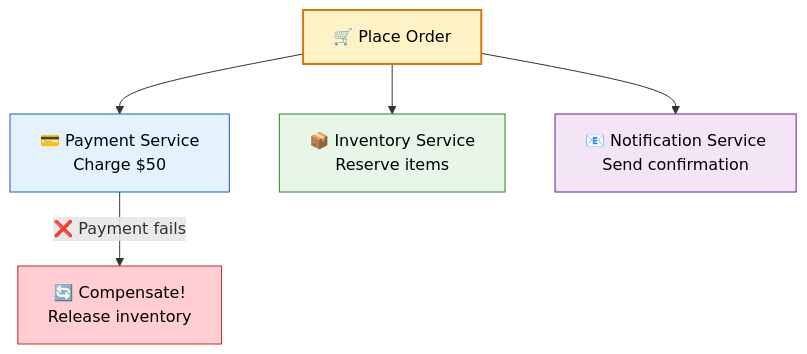
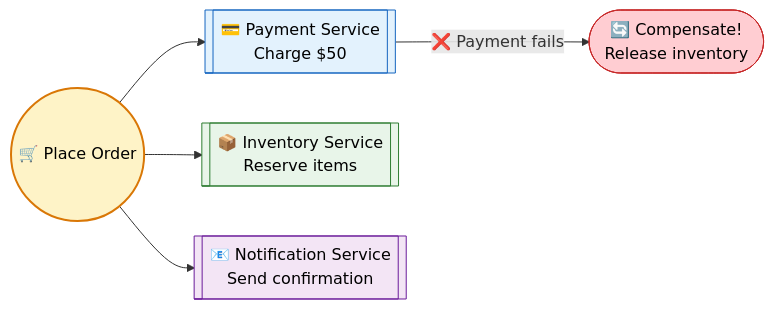
One commit to saivamsikaruturi/vamsilabs-dev-notes-main changed the first of 7 diagrams in docs/microservices/distributed-transactions.md. Above: the diagram before and after it, drawn with Mermaid. The commit also changed other lines of this file and 146 other files, not shown here.

Commit message:
Horizontal diagrams, UML class diagrams, typography overhaul, and permalink cleanup

````diff
--- a/docs/microservices/distributed-transactions.md
+++ b/docs/microservices/distributed-transactions.md
@@ -10,15 +10,15 @@
 ```mermaid
-flowchart TD
-    O["🛒 Place Order"]
-    O --> S1["💳 Payment Service<br/>Charge $50"]
-    O --> S2["📦 Inventory Service<br/>Reserve items"]
-    O --> S3["📧 Notification Service<br/>Send confirmation"]
+flowchart LR
+    O(("🛒 Place Order"))
+    O --> S1[["💳 Payment Service<br/>Charge $50"]]
+    O --> S2[["📦 Inventory Service<br/>Reserve items"]]
+    O --> S3[["📧 Notification Service<br/>Send confirmation"]]
     
-    S1 -->|"❌ Payment fails"| COMP["🔄 Compensate!<br/>Release inventory"]
+    S1 -->|"❌ Payment fails"| COMP(["🔄 Compensate!<br/>Release inventory"])
 
     style O fill:#FEF3C7,stroke:#D97706,stroke-width:2px,color:#000
     style COMP fill:#FFCDD2,stroke:#C62828,color:#000
     style S1 fill:#E3F2FD,stroke:#1565C0,color:#000
     style S2 fill:#E8F5E9,stroke:#2E7D32,color:#000
     style S3 fill:#F3E5F5,stroke:#6A1B9A,color:#000
 ```
````
